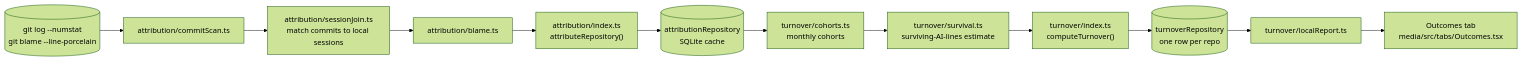
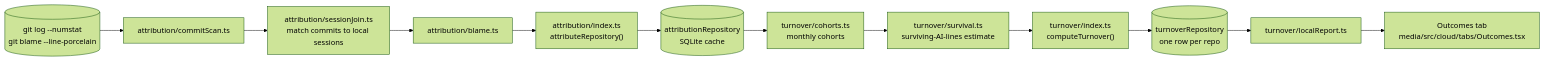
Before and after one commit to traceroost/core: the second of 2 diagrams in CLOUD_ARCHITECTURE.md, drawn with Mermaid (forest theme). The commit also changed other lines of this file and 105 other files, not shown here.

````diff
--- a/CLOUD_ARCHITECTURE.md
+++ b/CLOUD_ARCHITECTURE.md
@@ -80,14 +80,14 @@
 ```mermaid
 graph LR
     GIT[("git log --numstat<br/>git blame --line-porcelain")] --> SCAN["attribution/commitScan.ts"]
     SCAN --> JOIN["attribution/sessionJoin.ts<br/>match commits to local sessions"]
     JOIN --> BLAME["attribution/blame.ts"]
     BLAME --> ATTR["attribution/index.ts<br/>attributeRepository()"]
     ATTR --> ADB[("attributionRepository<br/>SQLite cache")]
     ADB --> COH["turnover/cohorts.ts<br/>monthly cohorts"]
     COH --> SURV["turnover/survival.ts<br/>surviving-AI-lines estimate"]
     SURV --> COMP["turnover/index.ts<br/>computeTurnover()"]
     COMP --> TDB[("turnoverRepository<br/>one row per repo")]
     TDB --> REPORT["turnover/localReport.ts"]
-    REPORT --> TAB["Outcomes tab<br/>media/src/tabs/Outcomes.tsx"]
+    REPORT --> TAB["Outcomes tab<br/>media/src/cloud/tabs/Outcomes.tsx"]
 ```
````
